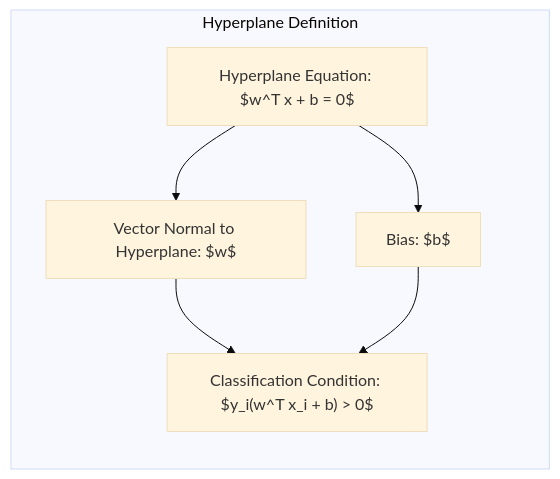
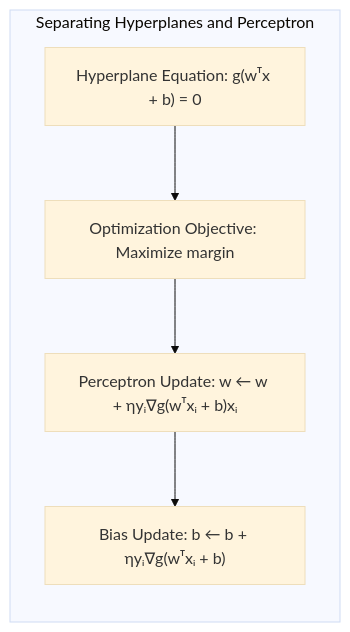
Before and after one commit to diegomrodrigues/statistical_learning_notes: the fifth of 6 diagrams in 03. Additive Models/01. Generalized Additive Models/03. Generalized Linear Models.md, drawn with Mermaid (base theme). The commit also changed other lines of this file and 228 other files, not shown here.

````diff
--- a/03. Additive Models/01. Generalized Additive Models/03. Generalized Linear Models.md
+++ b/03. Additive Models/01. Generalized Additive Models/03. Generalized Linear Models.md
@@ -292,10 +284,12 @@
 ```mermaid
 graph LR
-    subgraph "Hyperplane Definition"
-    A["Hyperplane Equation: $w^T x + b = 0$"] --> B["Vector Normal to Hyperplane: $w$"]
-    A --> C["Bias: $b$"]
-    D["Classification Condition: $y_i(w^T x_i + b) > 0$"]
-    B --> D
-    C --> D
+    subgraph "Separating Hyperplanes and Perceptron"
+        A["Hyperplane Equation: g(wᵀx + b) = 0"]
+        B["Optimization Objective: Maximize margin"]
+        C["Perceptron Update: w ← w + ηyᵢ∇g(wᵀxᵢ + b)xᵢ"]
+        D["Bias Update: b ← b + ηyᵢ∇g(wᵀxᵢ + b)"]
+        A --> B
+        B --> C
+        C --> D
     end
 ```
````
